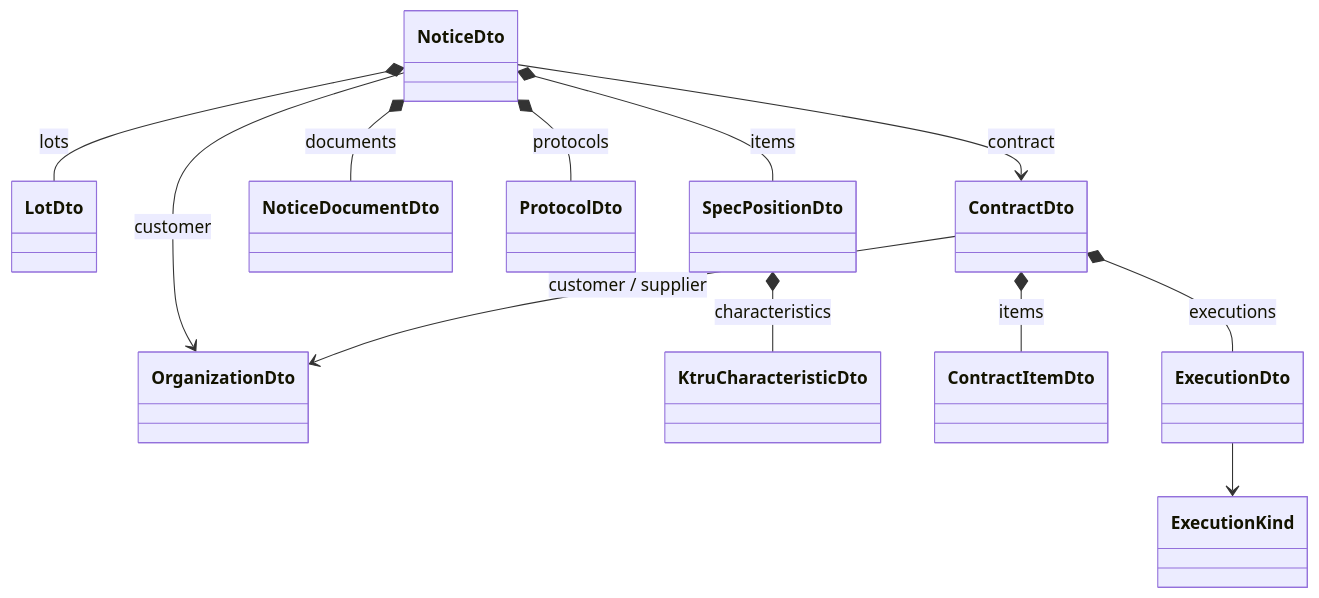
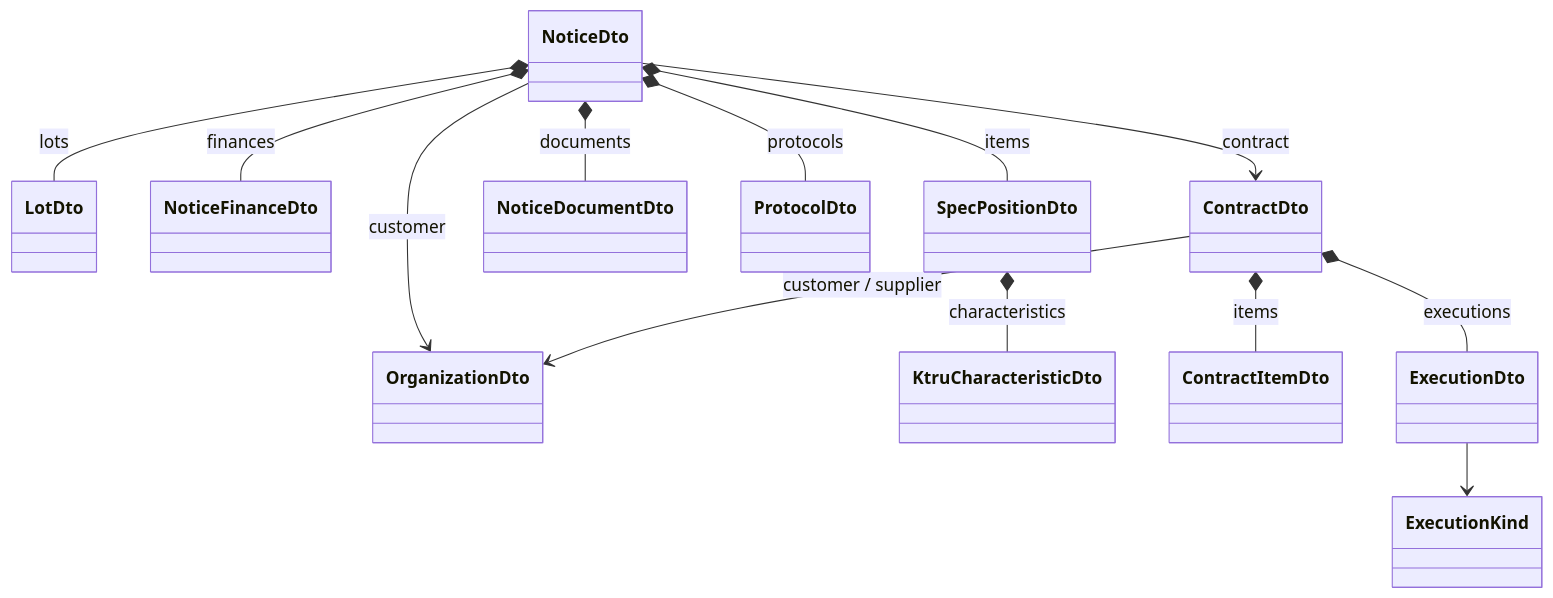
The second of 2 diagrams in docs/model/README.md (stasmakarov/multi-reestr-helper), drawn with Mermaid before and after one commit. The commit also changed other lines of this file and 20 other files, not shown here.

````diff
--- a/docs/model/README.md
+++ b/docs/model/README.md
@@ -141,14 +142,15 @@
 ```mermaid
 classDiagram
     NoticeDto --> OrganizationDto : customer
     NoticeDto *-- LotDto : lots
+    NoticeDto *-- NoticeFinanceDto : finances
     NoticeDto *-- SpecPositionDto : items
     SpecPositionDto *-- KtruCharacteristicDto : characteristics
     NoticeDto *-- NoticeDocumentDto : documents
     NoticeDto *-- ProtocolDto : protocols
     NoticeDto --> ContractDto : contract
     ContractDto --> OrganizationDto : customer / supplier
     ContractDto *-- ContractItemDto : items
     ContractDto *-- ExecutionDto : executions
     ExecutionDto --> ExecutionKind
 ```
````
